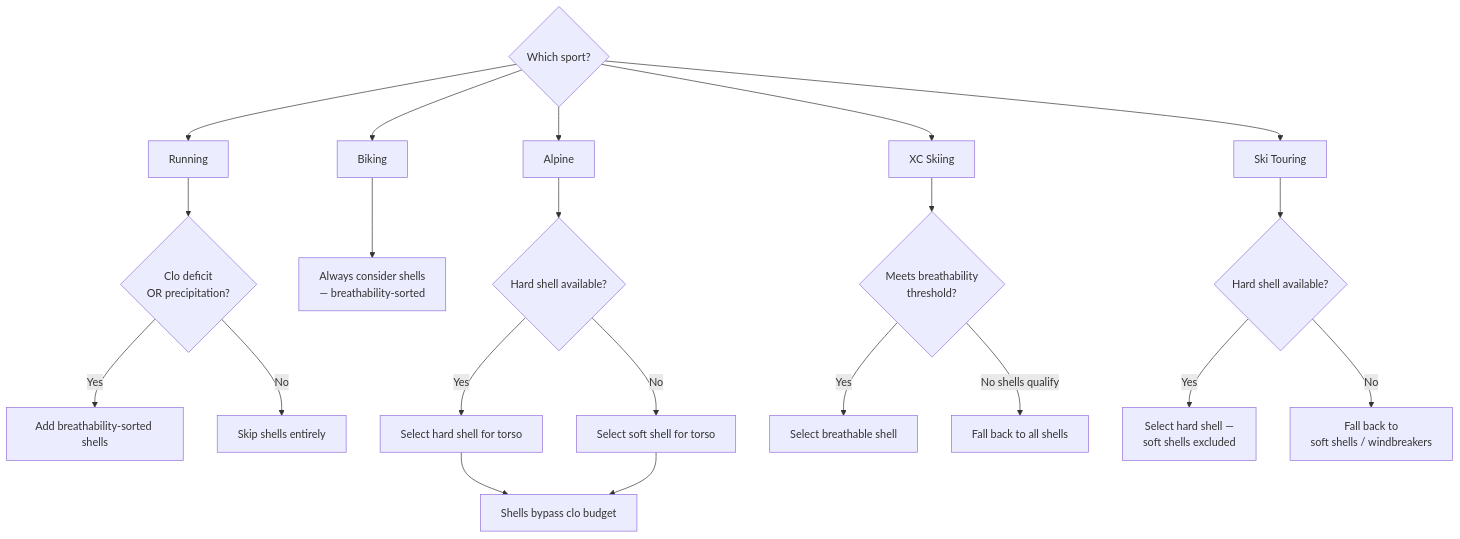
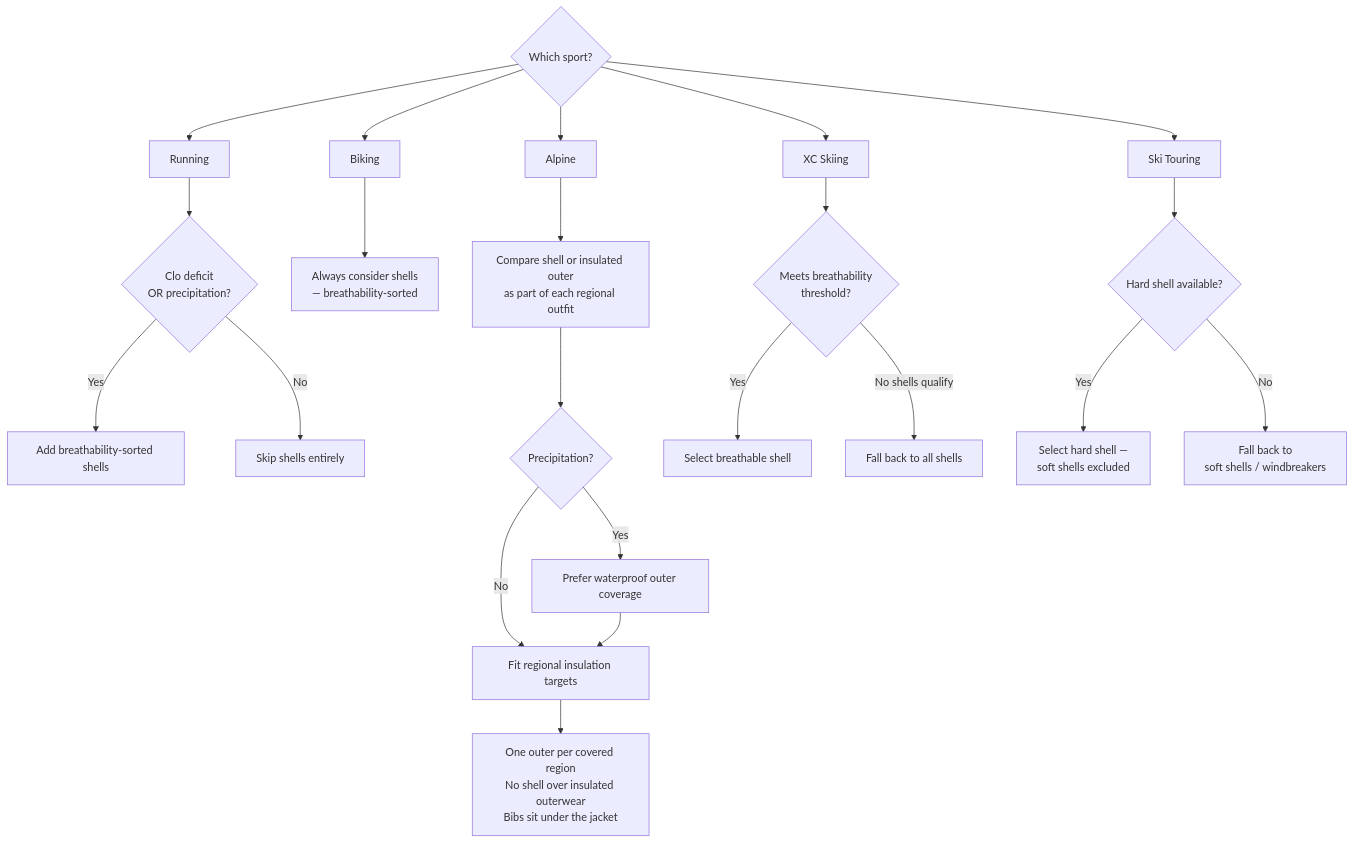
Before and after one commit to derobertsw/swttr: the fifth of 6 diagrams in README.md, drawn with Mermaid. The commit also changed other lines of this file and 10 other files, not shown here.

````diff
--- a/README.md
+++ b/README.md
@@ -206,28 +211,29 @@
 ```mermaid
 graph TD
     START{Which sport?} --> RUN[Running]
     START --> BIKE[Biking]
     START --> ALP[Alpine]
     START --> XC[XC Skiing]
     START --> TOUR[Ski Touring]
 
     RUN --> RCHECK{Clo deficit<br/>OR precipitation?}
     RCHECK -->|Yes| RADD[Add breathability-sorted shells]
     RCHECK -->|No| RSKIP[Skip shells entirely]
 
     BIKE --> BADD[Always consider shells<br/>— breathability-sorted]
 
-    ALP --> AHARD{Hard shell available?}
-    AHARD -->|Yes| AHSEL[Select hard shell for torso]
-    AHARD -->|No| ASOFT[Select soft shell for torso]
-    AHSEL --> ABUDGET[Shells bypass clo budget]
-    ASOFT --> ABUDGET
+    ALP --> AOUT[Compare shell or insulated outer<br/>as part of each regional outfit]
+    AOUT --> AWET{Precipitation?}
+    AWET -->|Yes| AWP[Prefer waterproof outer coverage]
+    AWET -->|No| ABUDGET[Fit regional insulation targets]
+    AWP --> ABUDGET
+    ABUDGET --> ACAP[One outer per covered region<br/>No shell over insulated outerwear<br/>Bibs sit under the jacket]
 
     XC --> XBREATH{Meets breathability<br/>threshold?}
     XBREATH -->|Yes| XPREF[Select breathable shell]
     XBREATH -->|No shells qualify| XFALL[Fall back to all shells]
 
     TOUR --> THARD{Hard shell available?}
     THARD -->|Yes| THSEL[Select hard shell —<br/>soft shells excluded]
     THARD -->|No| TOTHER[Fall back to<br/>soft shells / windbreakers]
 ```
````
